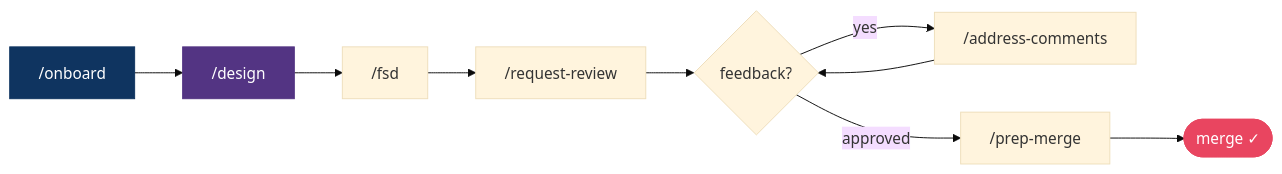
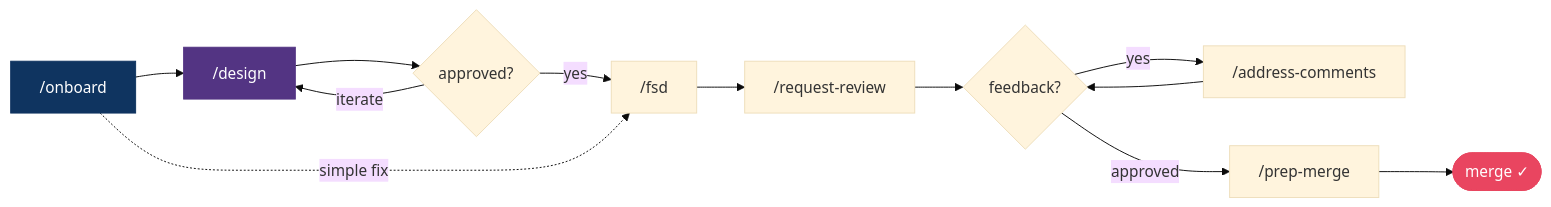
The second of 6 diagrams in README.md (anels/nase), drawn with Mermaid (base theme) before and after one commit. The commit also changed other lines of this file, not shown here.

````diff
--- a/README.md
+++ b/README.md
@@ -144,13 +144,16 @@
 ```mermaid
 flowchart LR
     A["/onboard"] --> B["/design"]
-    B --> C["/fsd"]
-    C --> D["/request-review"]
-    D --> E{feedback?}
-    E -- yes --> F["/address-comments"] --> E
-    E -- approved --> G["/prep-merge"]
-    G --> H(["merge ✓"])
+    B --> C{approved?}
+    C -- iterate --> B
+    C -- yes --> D["/fsd"]
+    A -.->|simple fix| D
+    D --> E["/request-review"]
+    E --> F{feedback?}
+    F -- yes --> G["/address-comments"] --> F
+    F -- approved --> H["/prep-merge"]
+    H --> I(["merge ✓"])
     style A fill:#0f3460,stroke:#0f3460,color:#fff
     style B fill:#533483,stroke:#533483,color:#fff
-    style H fill:#e94560,stroke:#e94560,color:#fff
+    style I fill:#e94560,stroke:#e94560,color:#fff
 ```
````
